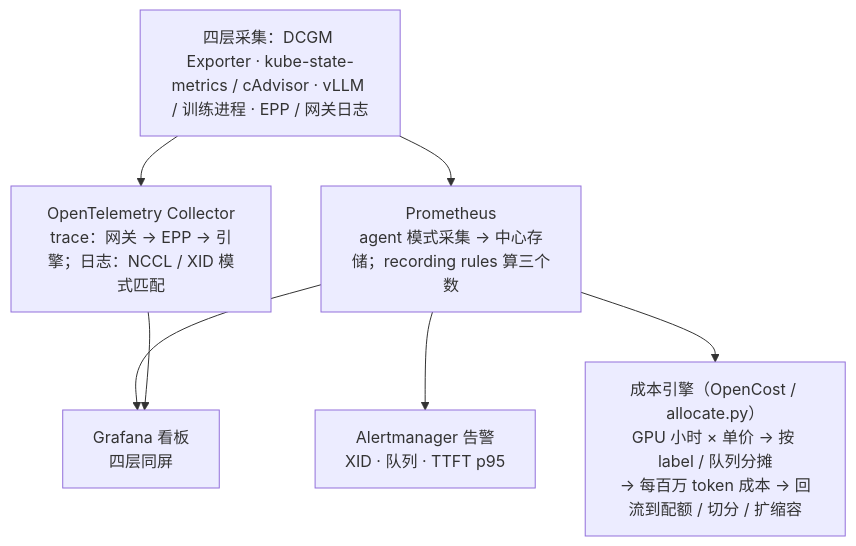
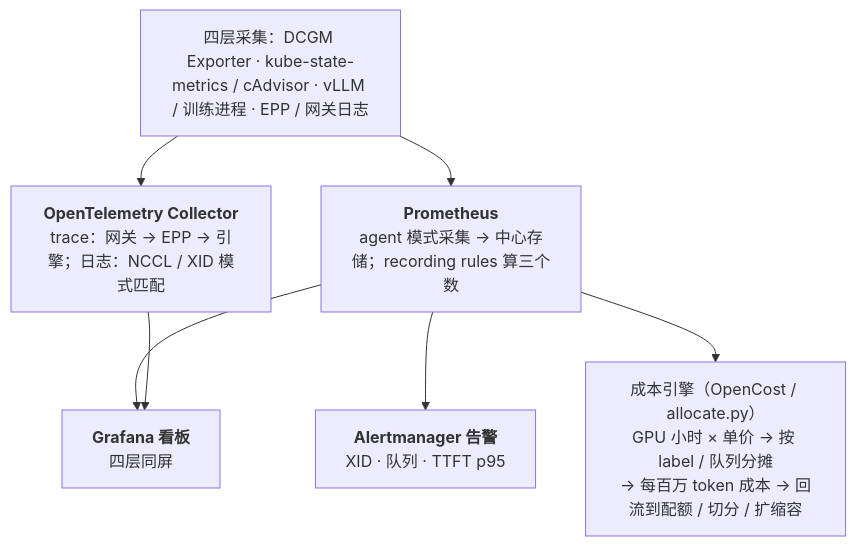
One commit to arganzheng/arganzheng.github.com changed the first of 4 diagrams in _posts/2026-09-22-ai-platform-observability-cost-and-finops.md. Above: the diagram before and after it, drawn with Mermaid. The commit also changed other lines of this file and 8 other files, not shown here.

First line of the commit message:
AI 平台工程：资源层与交付层：Mermaid 多行方框的首行标为标题（9 篇）

````diff
--- a/_posts/2026-09-22-ai-platform-observability-cost-and-finops.md
+++ b/_posts/2026-09-22-ai-platform-observability-cost-and-finops.md
@@ -63,16 +63,16 @@
 ```mermaid
 %% 图：四层采集汇到同一条管线：Prometheus 出指标与告警，OpenTelemetry 出 trace 与日志，成本引擎按 label 分摊后回流到配置
 flowchart TB
     L["四层采集：DCGM Exporter · kube-state-metrics / cAdvisor · vLLM / 训练进程 · EPP / 网关日志"]
-    P["Prometheus<br/>agent 模式采集 → 中心存储；recording rules 算三个数"]
-    O["OpenTelemetry Collector<br/>trace：网关 → EPP → 引擎；日志：NCCL / XID 模式匹配"]
-    G["Grafana 看板<br/>四层同屏"]
-    A["Alertmanager 告警<br/>XID · 队列 · TTFT p95"]
+    P["<b>Prometheus</b><br/>agent 模式采集 → 中心存储；recording rules 算三个数"]
+    O["<b>OpenTelemetry Collector</b><br/>trace：网关 → EPP → 引擎；日志：NCCL / XID 模式匹配"]
+    G["<b>Grafana 看板</b><br/>四层同屏"]
+    A["<b>Alertmanager 告警</b><br/>XID · 队列 · TTFT p95"]
     C["成本引擎（OpenCost / allocate.py）<br/>GPU 小时 × 单价 → 按 label / 队列分摊<br/>→ 每百万 token 成本 → 回流到配额 / 切分 / 扩缩容"]
     L --> P
     L --> O
     P --> G
     P --> A
     P --> C
     O --> G
 ```
````
